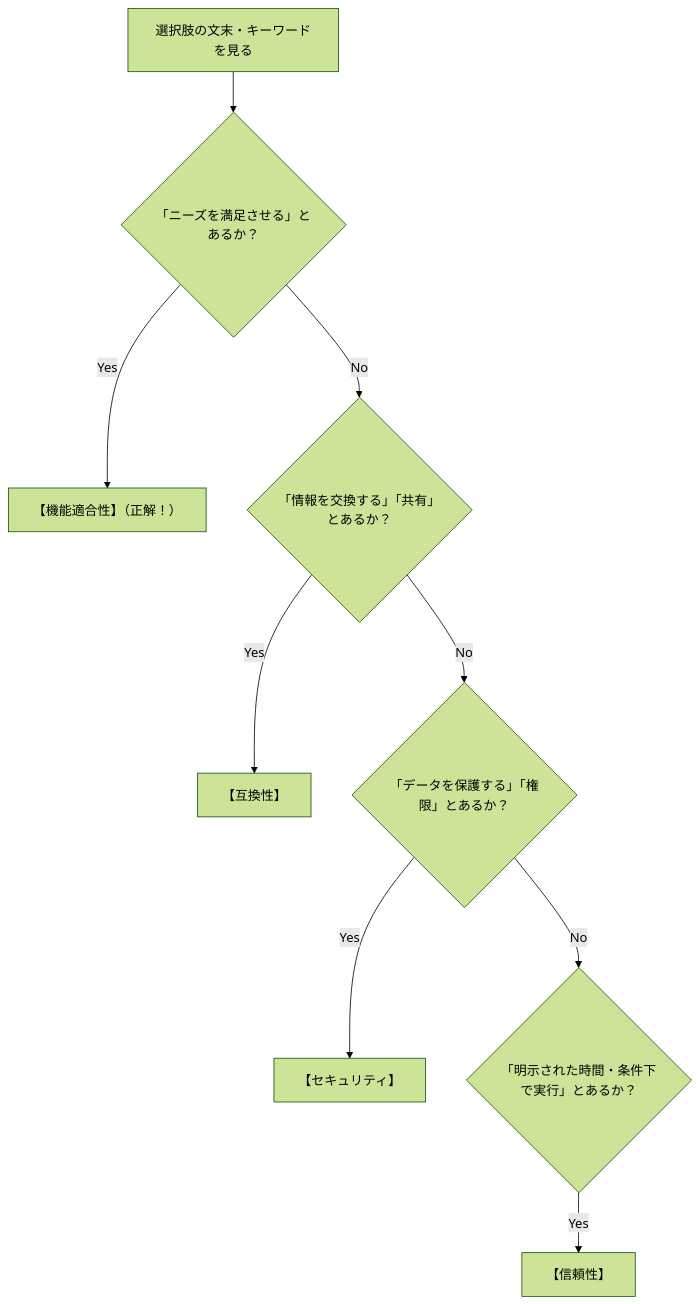
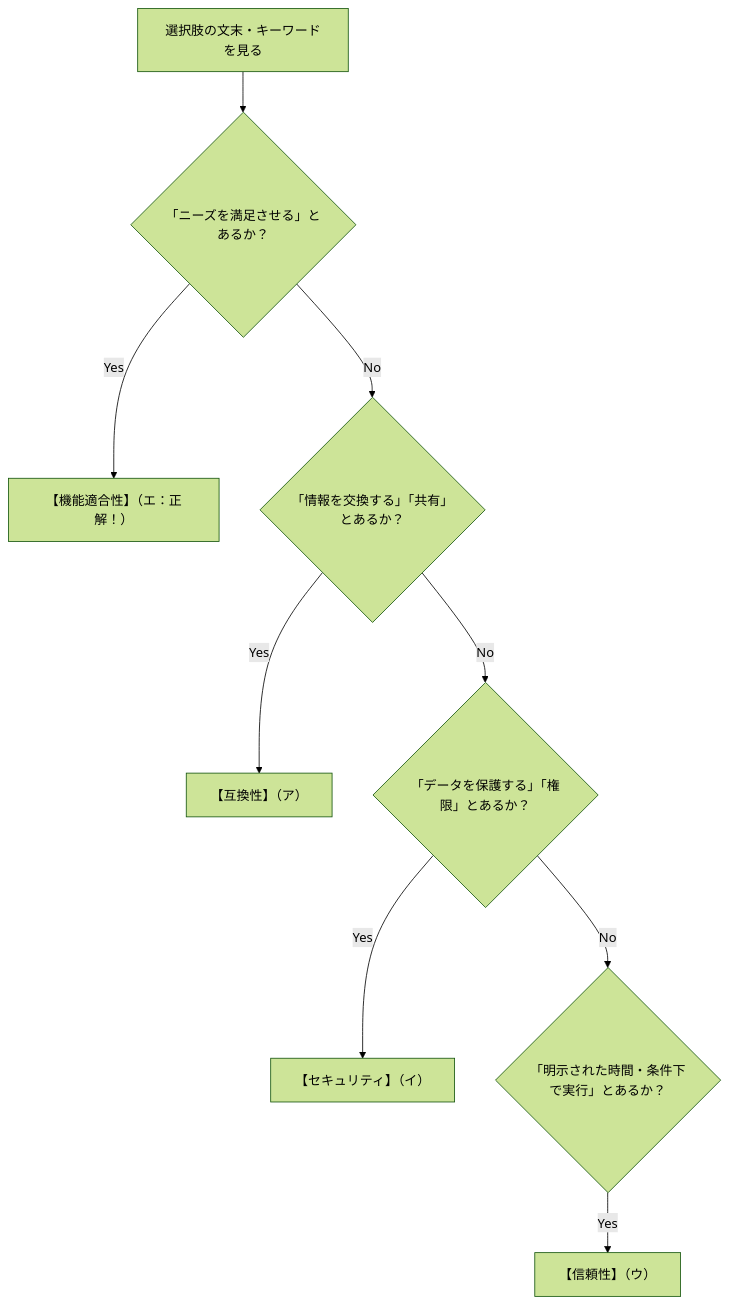
Before and after one commit to h4npen/AP-MindMap-Anki: the diagram in docs/inbox/12_システム開発技術/dev-square-quality-characteristics.md, drawn with Mermaid (forest theme). The commit also changed other lines of this file and 33 other files, not shown here.

````diff
--- a/docs/inbox/12_システム開発技術/dev-square-quality-characteristics.md
+++ b/docs/inbox/12_システム開発技術/dev-square-quality-characteristics.md
@@ -46,12 +65,12 @@
 ```mermaid
 flowchart TD
     Q[選択肢の文末・キーワードを見る]
     Q --> S1{"「ニーズを満足させる」とあるか？"}
-    S1 -- Yes --> A1["【機能適合性】（正解！）"]
+    S1 -- Yes --> A1["【機能適合性】（エ：正解！）"]
     S1 -- No --> S2{"「情報を交換する」「共有」とあるか？"}
-    S2 -- Yes --> A2["【互換性】"]
+    S2 -- Yes --> A2["【互換性】（ア）"]
     S2 -- No --> S3{"「データを保護する」「権限」とあるか？"}
-    S3 -- Yes --> A3["【セキュリティ】"]
+    S3 -- Yes --> A3["【セキュリティ】（イ）"]
     S3 -- No --> S4{"「明示された時間・条件下で実行」とあるか？"}
-    S4 -- Yes --> A4["【信頼性】"]
+    S4 -- Yes --> A4["【信頼性】（ウ）"]
 ```
````
